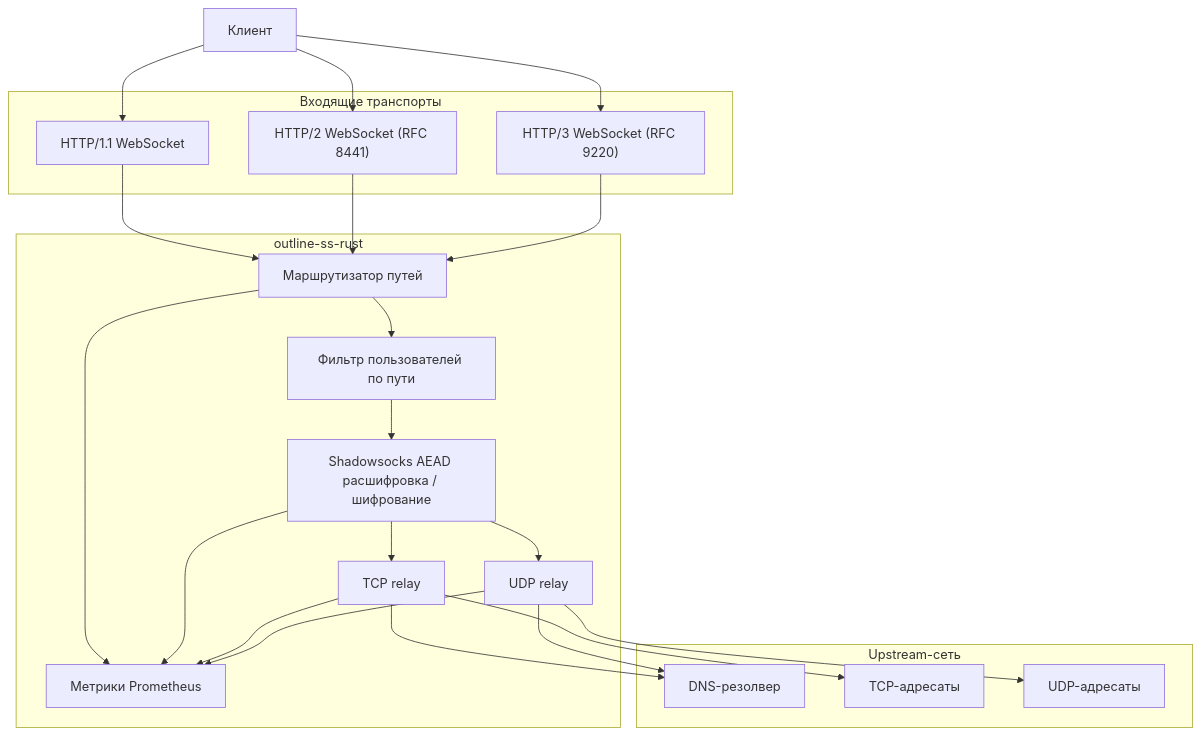
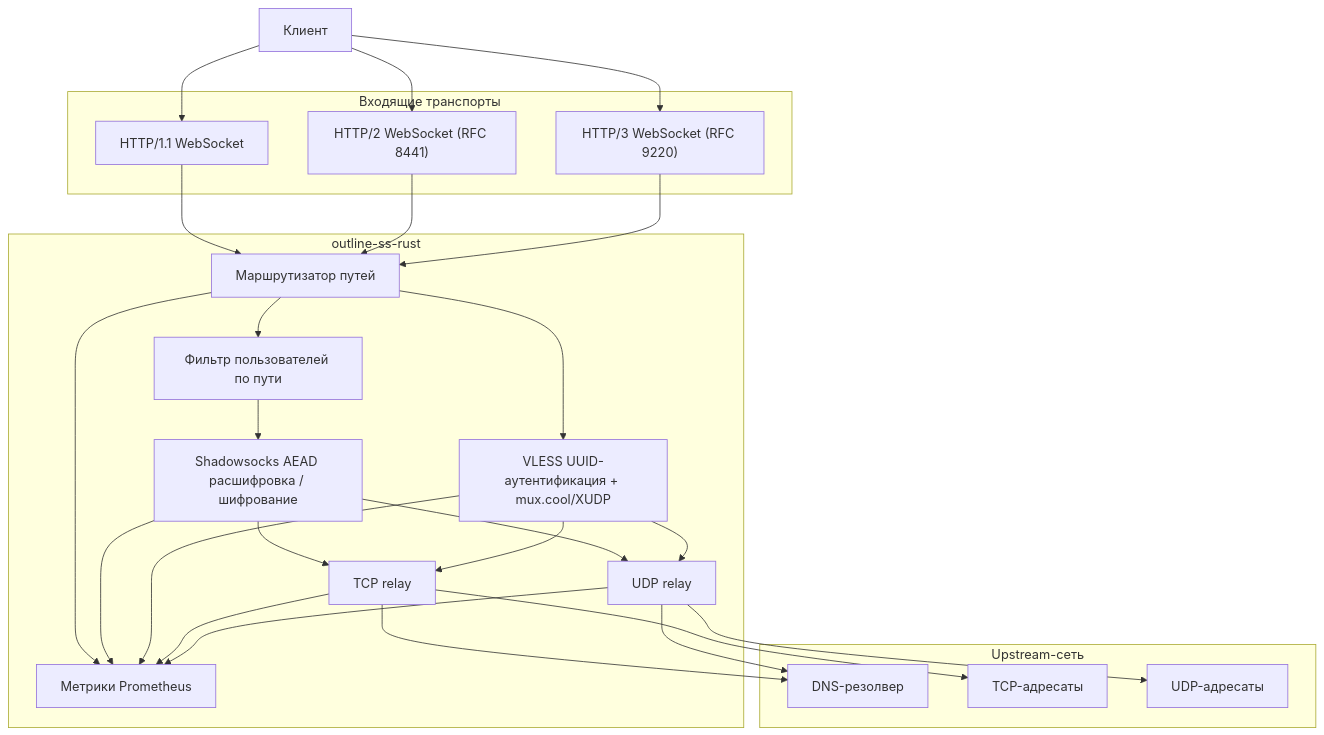
The first of 4 diagrams in ss/docs/ARCHITECTURE.ru.md (balookrd/outline-proxy), drawn with Mermaid before and after one commit. The commit also changed other lines of this file and 5 other files, not shown here.

First line of the commit message:
Document VLESS mux.cool/XUDP support

````diff
--- a/ss/docs/ARCHITECTURE.ru.md
+++ b/ss/docs/ARCHITECTURE.ru.md
@@ -9,48 +9,53 @@
 ```mermaid
 flowchart TD
     CLIENT["Клиент"]
 
     subgraph FRONTEND["Входящие транспорты"]
         H1["HTTP/1.1 WebSocket"]
         H2["HTTP/2 WebSocket (RFC 8441)"]
         H3["HTTP/3 WebSocket (RFC 9220)"]
     end
 
     subgraph CORE["outline-ss-rust"]
         ROUTER["Маршрутизатор путей"]
         FILTER["Фильтр пользователей по пути"]
         CRYPTO["Shadowsocks AEAD расшифровка / шифрование"]
+        VLESS["VLESS UUID-аутентификация + mux.cool/XUDP"]
         TCPR["TCP relay"]
         UDPR["UDP relay"]
         METRICS["Метрики Prometheus"]
     end
 
     subgraph UPSTREAM["Upstream-сеть"]
         DNS["DNS-резолвер"]
         TCPU["TCP-адресаты"]
         UDPU["UDP-адресаты"]
     end
 
     CLIENT --> H1
     CLIENT --> H2
     CLIENT --> H3
 
     H1 --> ROUTER
     H2 --> ROUTER
     H3 --> ROUTER
 
     ROUTER --> FILTER
     FILTER --> CRYPTO
+    ROUTER --> VLESS
     CRYPTO --> TCPR
     CRYPTO --> UDPR
+    VLESS --> TCPR
+    VLESS --> UDPR
 
     TCPR --> DNS
     TCPR --> TCPU
     UDPR --> DNS
     UDPR --> UDPU
 
     ROUTER --> METRICS
     CRYPTO --> METRICS
+    VLESS --> METRICS
     TCPR --> METRICS
     UDPR --> METRICS
 ```
````
